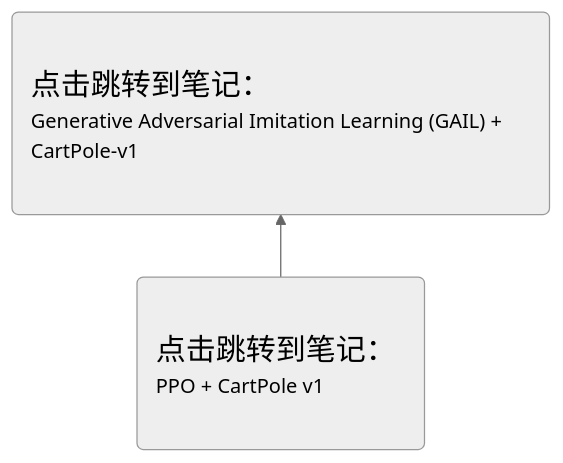
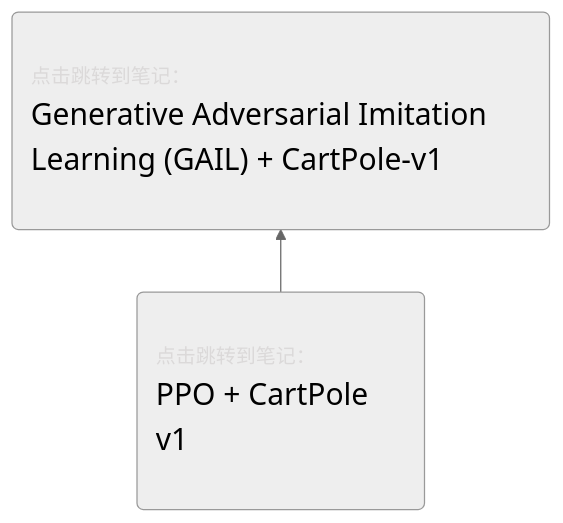
Before and after one commit to Gaoshu-root/Code-related-courses: the diagram in 笔记封存/test.md, drawn with Mermaid (neutral theme).

````diff
--- a/笔记封存/test.md
+++ b/笔记封存/test.md
@@ -2,11 +2,11 @@
 ```mermaid
 graph BT
     classDef wide2 padding:400px;
     classDef wide1 padding:200px;
-    P1("<div style='text-align:left'><font size="5">点击跳转到笔记：</font><br>PPO + CartPole v1</div>") --> P2("<div style='text-align:left'><font size="5">点击跳转到笔记：</font><br>Generative Adversarial Imitation Learning (GAIL) + CartPole-v1</div>")
+    P1("<div style='text-align:left'><font color="#DBD9D9">点击跳转到笔记：</font><br><font size="5">PPO + CartPole v1</div>") --> P2("<div style='text-align:left'><font color="#DBD9D9">点击跳转到笔记：</font><br><font size="5">Generative Adversarial Imitation Learning (GAIL) + CartPole-v1</div>")
     class P1 wide1
     class P2 wide2
     click P1 "https://github.com/Gaoshu-root/Code-related-courses/blob/main/RL2024/PPO_%2B_CartPole_v1_.ipynb" _blank
     click P2 "https://github.com/Gaoshu-root/Code-related-courses/blob/main/RL2024/Generative%20Adversarial%20Imitation%20Learning(GAIL)/Generative%20Adversarial%20Imitation%20Learning%20(GAIL)%20%2B%20CartPole-v1%20.ipynb" _blank
 
 ```
````
